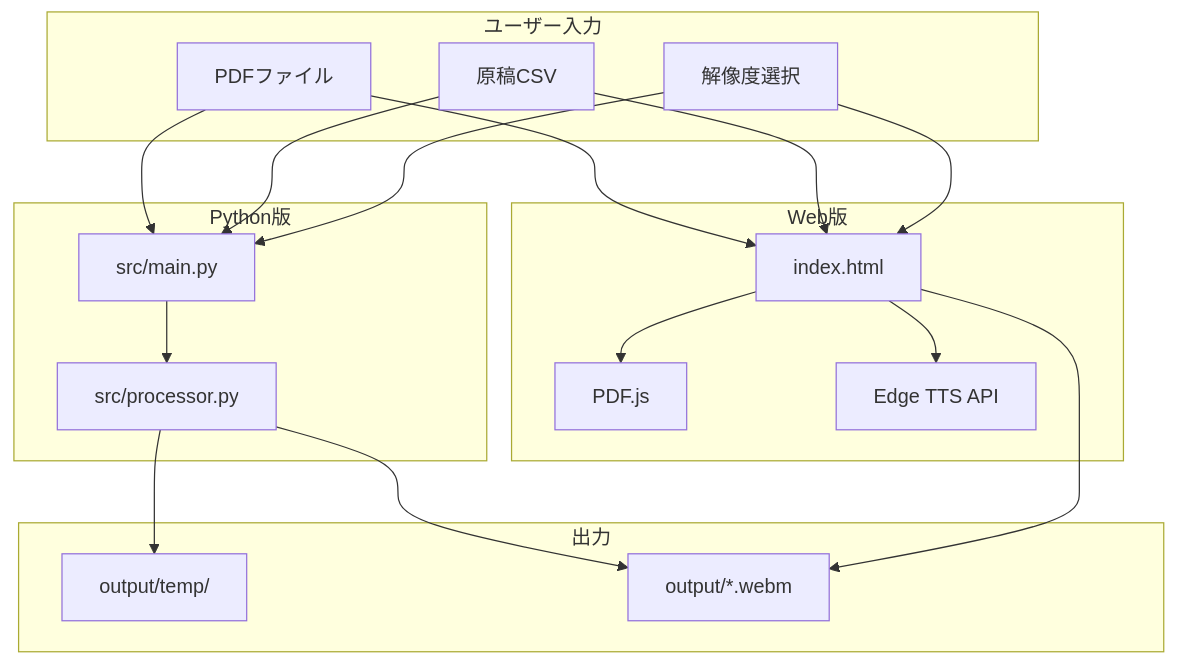
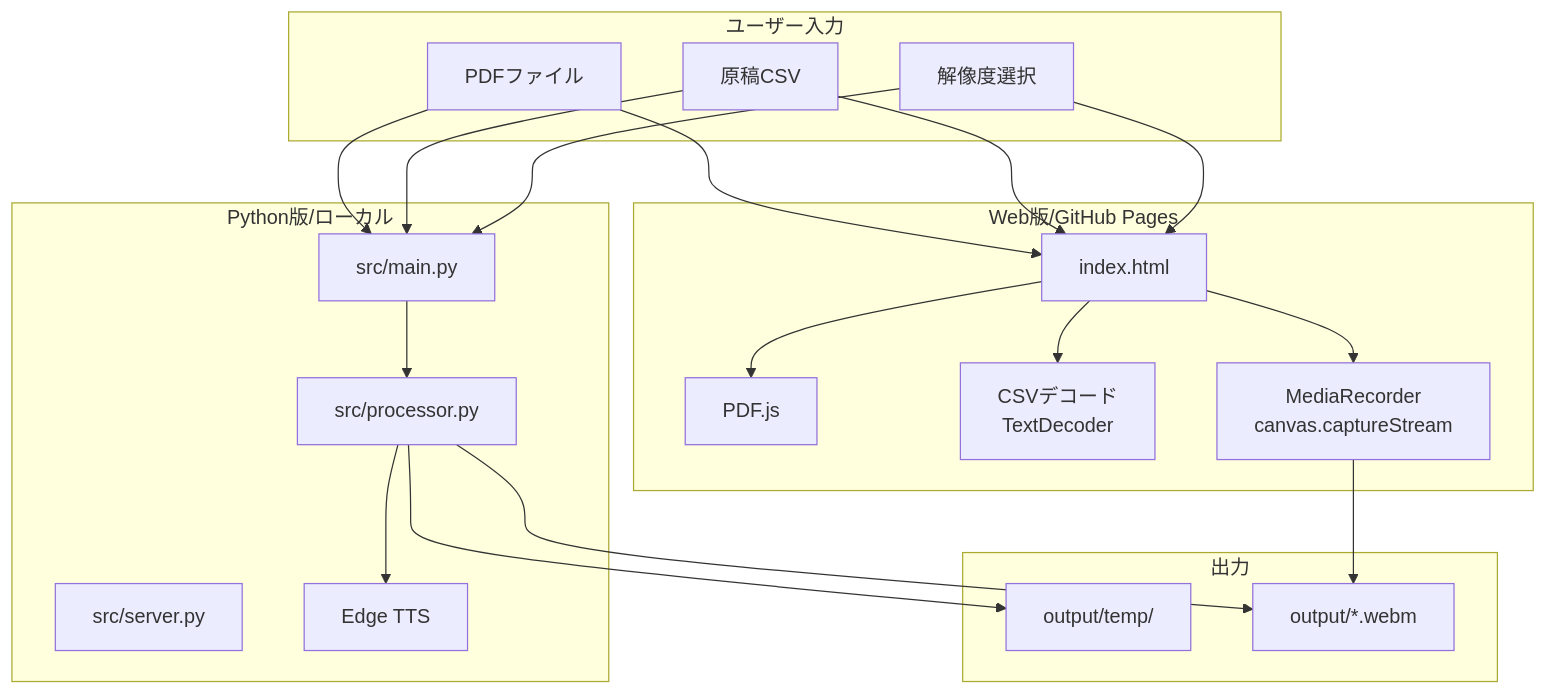
The second of 3 diagrams in specs/001-Slide-Voice-Maker/spec.md (J1921604/Slide-MyVoice-Maker), drawn with Mermaid before and after one commit. The commit also changed other lines of this file and 23 other files, not shown here.

````diff
--- a/specs/001-Slide-Voice-Maker/spec.md
+++ b/specs/001-Slide-Voice-Maker/spec.md
@@ -37,38 +56,43 @@
 ```mermaid
 flowchart TB
     subgraph ユーザー入力
         PDF[PDFファイル]
         CSV[原稿CSV]
         RES[解像度選択]
     end
 
-    subgraph Python版
+    subgraph Python版/ローカル
         MAIN[src/main.py]
         PROC[src/processor.py]
+        SERVER[src/server.py]
+        TTS[Edge TTS]
     end
 
-    subgraph Web版
+    subgraph Web版/GitHub Pages
         HTML[index.html]
         PDFJS[PDF.js]
-        EDGETTSAPI[Edge TTS API]
+        CSVDEC[CSVデコード<br/>TextDecoder]
+        REC[MediaRecorder<br/>canvas.captureStream]
     end
 
     subgraph 出力
         TEMP[output/temp/]
         WEBM[output/*.webm]
     end
 
     PDF --> MAIN
     CSV --> MAIN
     RES --> MAIN
     MAIN --> PROC
+    PROC --> TTS
     PROC --> TEMP
     PROC --> WEBM
 
     PDF --> HTML
     CSV --> HTML
     RES --> HTML
     HTML --> PDFJS
-    HTML --> EDGETTSAPI
-    HTML --> WEBM
+    HTML --> CSVDEC
+    HTML --> REC
+    REC --> WEBM
 ```
````
